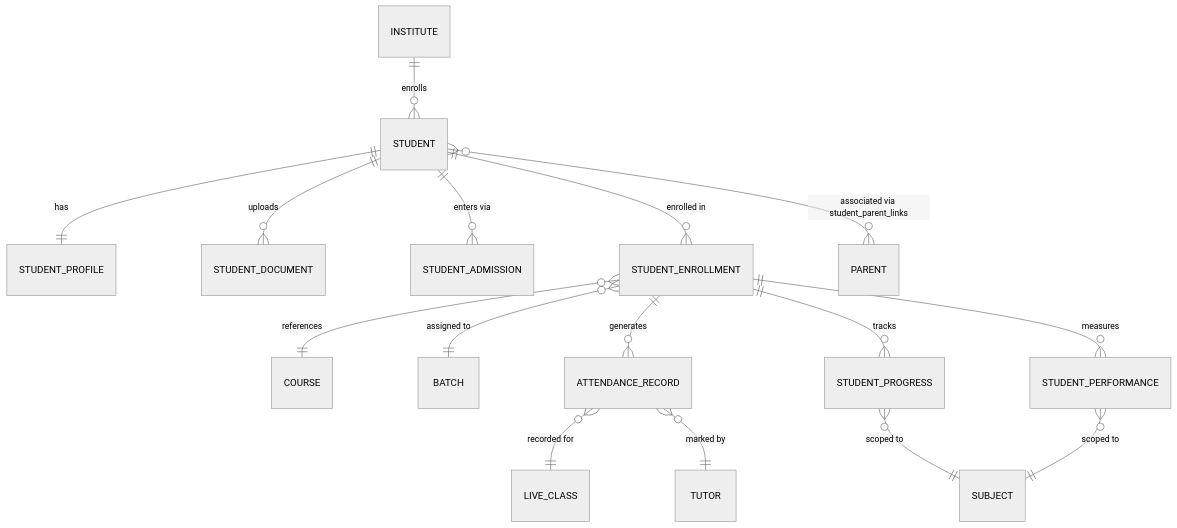
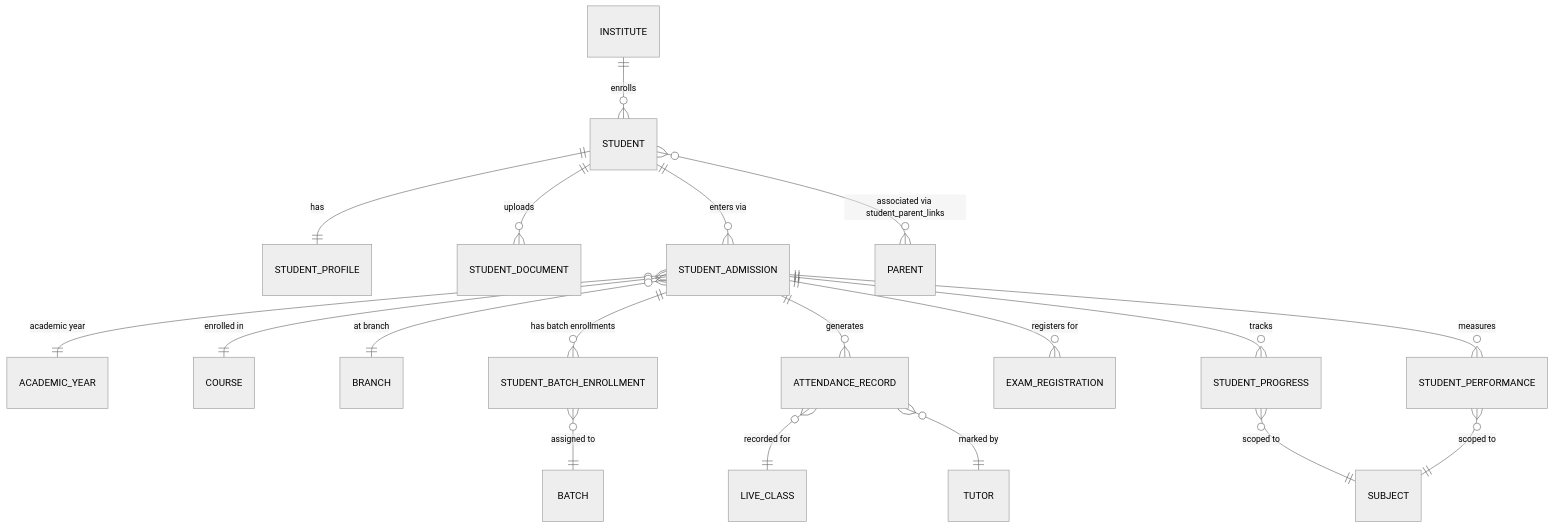
Before and after one commit to JOYJK348/NEET-SAAS: the diagram in docs/architecture/erd/02a-student.md, drawn with Mermaid (neutral theme). The commit also changed other lines of this file and 72 other files, not shown here.

````diff
--- a/docs/architecture/erd/02a-student.md
+++ b/docs/architecture/erd/02a-student.md
@@ -120,25 +132,29 @@
 ```mermaid
 erDiagram
 
     INSTITUTE ||--o{ STUDENT : "enrolls"
 
     STUDENT ||--|| STUDENT_PROFILE : "has"
     STUDENT ||--o{ STUDENT_DOCUMENT : "uploads"
     STUDENT ||--o{ STUDENT_ADMISSION : "enters via"
-    STUDENT ||--o{ STUDENT_ENROLLMENT : "enrolled in"
 
-    STUDENT_ENROLLMENT }o--|| COURSE : "references"
-    STUDENT_ENROLLMENT }o--|| BATCH : "assigned to"
+    STUDENT_ADMISSION }o--|| ACADEMIC_YEAR : "academic year"
+    STUDENT_ADMISSION }o--|| COURSE : "enrolled in"
+    STUDENT_ADMISSION }o--|| BRANCH : "at branch"
 
-    STUDENT_ENROLLMENT ||--o{ ATTENDANCE_RECORD : "generates"
-    STUDENT_ENROLLMENT ||--o{ STUDENT_PROGRESS : "tracks"
-    STUDENT_ENROLLMENT ||--o{ STUDENT_PERFORMANCE : "measures"
+    STUDENT_ADMISSION ||--o{ STUDENT_BATCH_ENROLLMENT : "has batch enrollments"
+    STUDENT_BATCH_ENROLLMENT }o--|| BATCH : "assigned to"
+
+    STUDENT_ADMISSION ||--o{ ATTENDANCE_RECORD : "generates"
+    STUDENT_ADMISSION ||--o{ EXAM_REGISTRATION : "registers for"
+    STUDENT_ADMISSION ||--o{ STUDENT_PROGRESS : "tracks"
+    STUDENT_ADMISSION ||--o{ STUDENT_PERFORMANCE : "measures"
 
     ATTENDANCE_RECORD }o--|| LIVE_CLASS : "recorded for"
     ATTENDANCE_RECORD }o--|| TUTOR : "marked by"
 
     STUDENT_PROGRESS }o--|| SUBJECT : "scoped to"
     STUDENT_PERFORMANCE }o--|| SUBJECT : "scoped to"
 
     STUDENT }o--o{ PARENT : "associated via student_parent_links"
 ```
````
